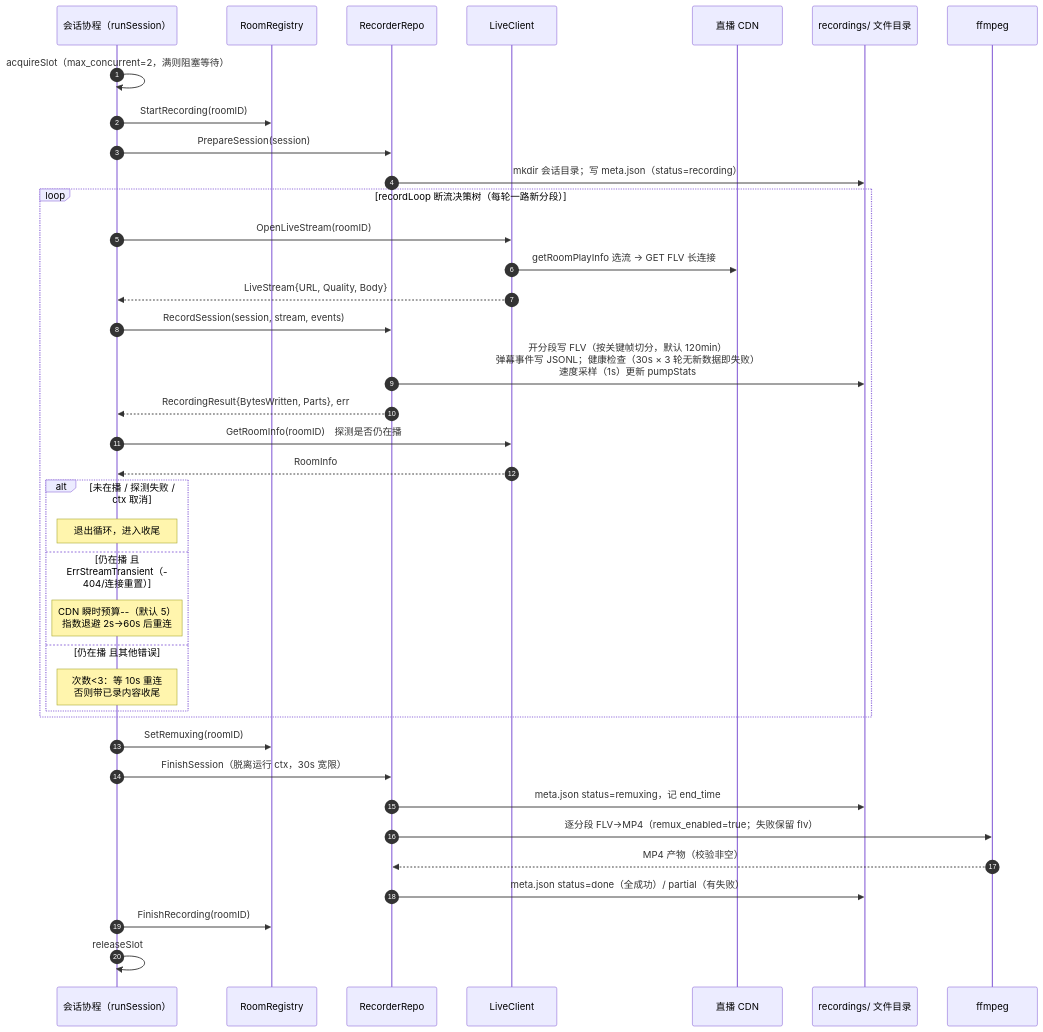
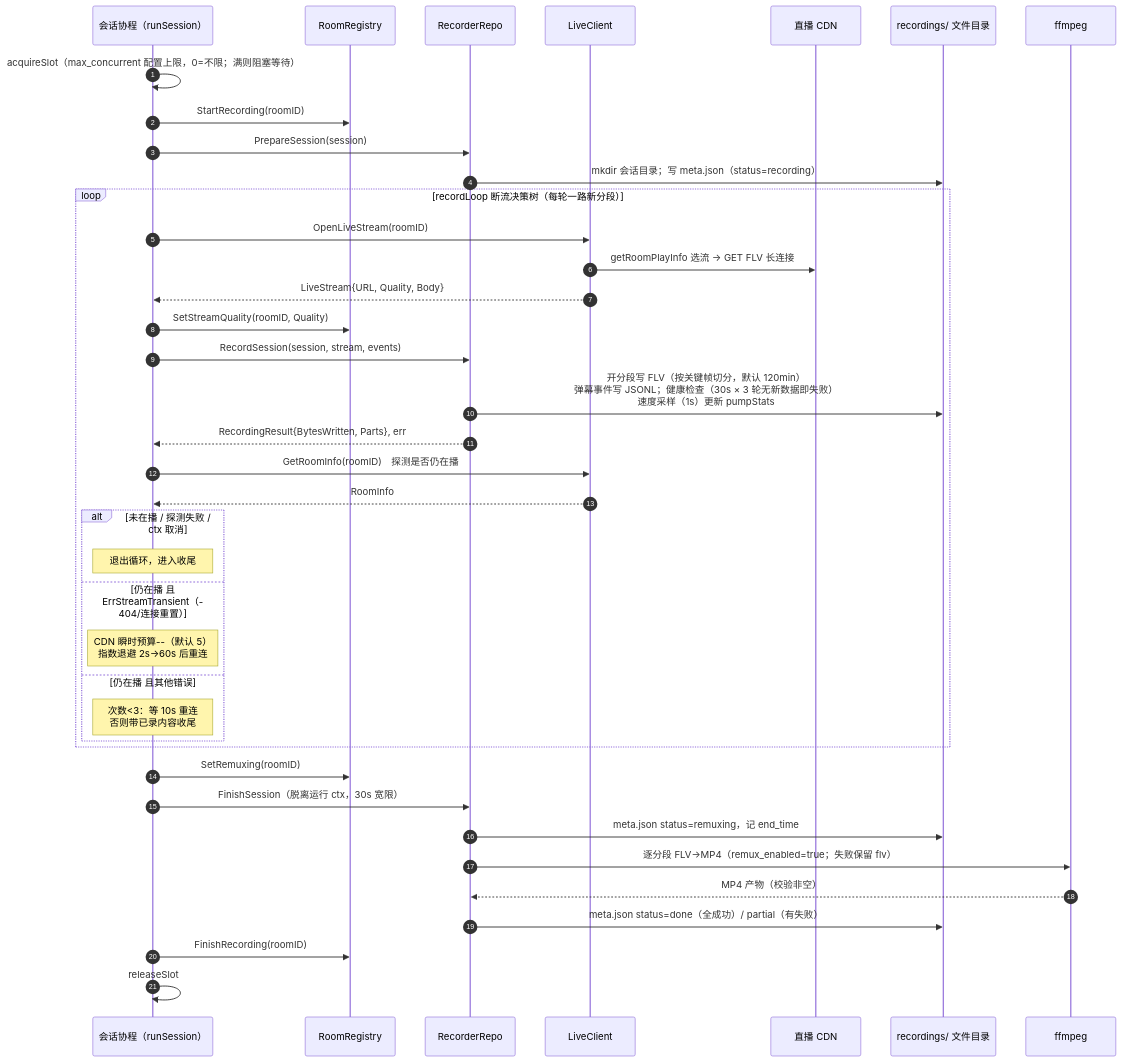
The fifth of 10 diagrams in docs/design/architecture-diagrams.md (xgbt/suika), drawn with Mermaid before and after one commit. The commit also changed other lines of this file and 4 other files, not shown here.

````diff
--- a/docs/design/architecture-diagrams.md
+++ b/docs/design/architecture-diagrams.md
@@ -233,43 +246,44 @@
 ```mermaid
 sequenceDiagram
     autonumber
     participant Sess as 会话协程（runSession）
     participant G as RoomRegistry
     participant RR as RecorderRepo
     participant LC as LiveClient
     participant CDN as 直播 CDN
     participant FS as recordings/ 文件目录
     participant FF as ffmpeg
 
-    Sess->>Sess: acquireSlot（max_concurrent=2，满则阻塞等待）
+    Sess->>Sess: acquireSlot（max_concurrent 配置上限，0=不限；满则阻塞等待）
     Sess->>G: StartRecording(roomID)
     Sess->>RR: PrepareSession(session)
     RR->>FS: mkdir 会话目录；写 meta.json（status=recording）
 
     loop recordLoop 断流决策树（每轮一路新分段）
         Sess->>LC: OpenLiveStream(roomID)
         LC->>CDN: getRoomPlayInfo 选流 → GET FLV 长连接
         LC-->>Sess: LiveStream{URL, Quality, Body}
+        Sess->>G: SetStreamQuality(roomID, Quality)
         Sess->>RR: RecordSession(session, stream, events)
         RR->>FS: 开分段写 FLV（按关键帧切分，默认 120min）<br/>弹幕事件写 JSONL；健康检查（30s × 3 轮无新数据即失败）<br/>速度采样（1s）更新 pumpStats
         RR-->>Sess: RecordingResult{BytesWritten, Parts}, err
         Sess->>LC: GetRoomInfo(roomID)　探测是否仍在播
         LC-->>Sess: RoomInfo
         alt 未在播 / 探测失败 / ctx 取消
             Note over Sess: 退出循环，进入收尾
         else 仍在播 且 ErrStreamTransient（404/连接重置）
             Note over Sess: CDN 瞬时预算--（默认 5）<br/>指数退避 2s→60s 后重连
         else 仍在播 且其他错误
             Note over Sess: 次数<3：等 10s 重连<br/>否则带已录内容收尾
         end
     end
 
     Sess->>G: SetRemuxing(roomID)
     Sess->>RR: FinishSession（脱离运行 ctx，30s 宽限）
     RR->>FS: meta.json status=remuxing，记 end_time
     RR->>FF: 逐分段 FLV→MP4（remux_enabled=true；失败保留 flv）
     FF-->>RR: MP4 产物（校验非空）
     RR->>FS: meta.json status=done（全成功）/ partial（有失败）
     Sess->>G: FinishRecording(roomID)
     Sess->>Sess: releaseSlot
 ```
````
